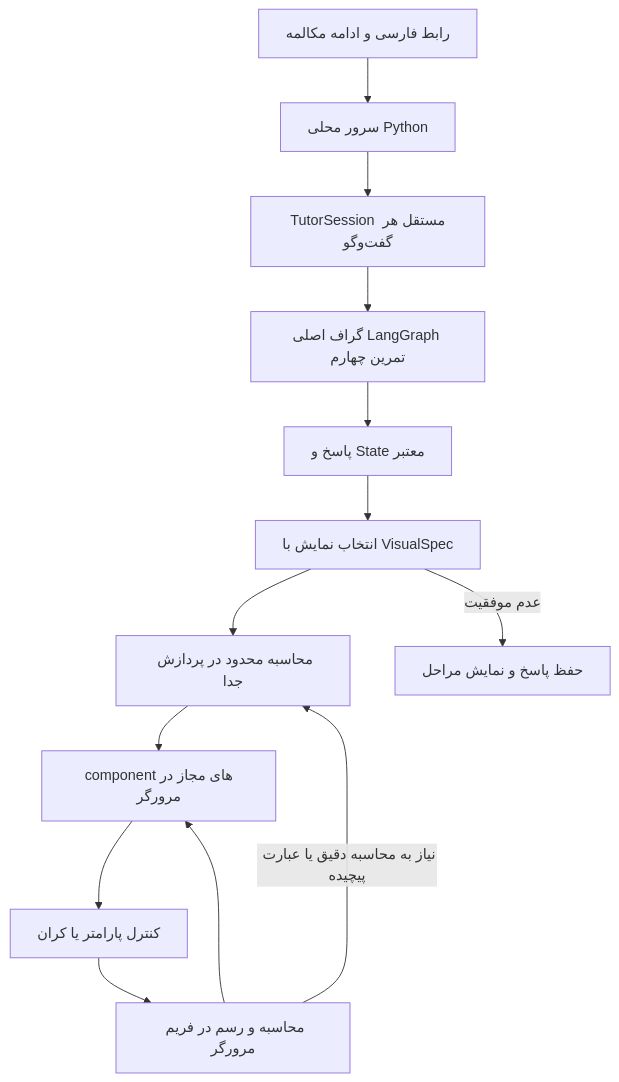
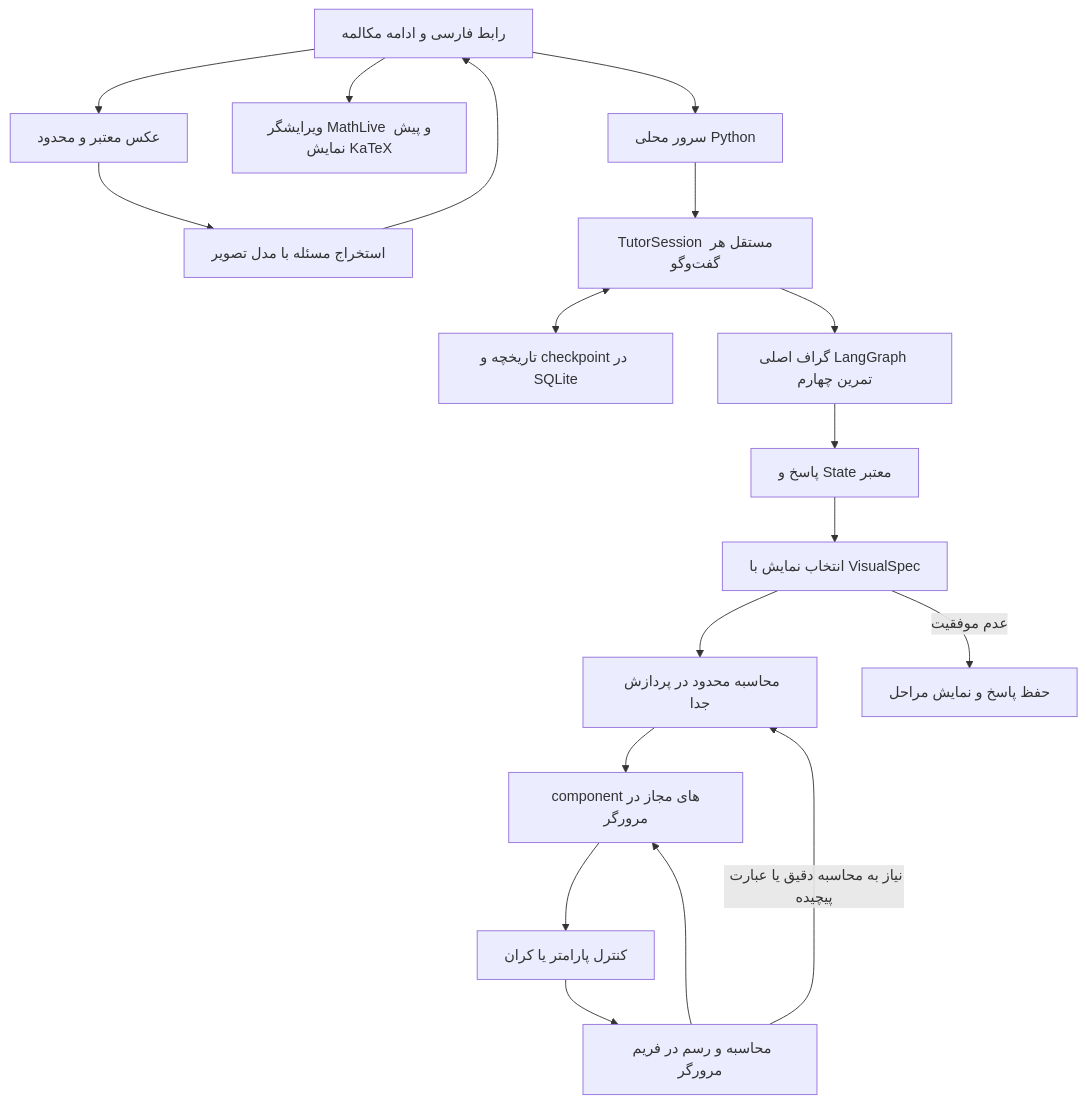
One commit to mohsenalipour/starcoach-hw05-generative-math-ui changed the diagram in ARCHITECTURE.md. Above: the diagram before and after it, drawn with Mermaid. The commit also changed other lines of this file and 44 other files, not shown here.

````diff
--- a/ARCHITECTURE.md
+++ b/ARCHITECTURE.md
@@ -5,15 +5,20 @@
 ```mermaid
 flowchart TD
     UI[رابط فارسی و ادامه مکالمه] --> API[سرور محلی Python]
+    UI --> EDITOR[ویرایشگر MathLive و پیش نمایش KaTeX]
+    UI --> PHOTO[عکس معتبر و محدود]
+    PHOTO --> VISION[استخراج مسئله با مدل تصویر]
+    VISION --> UI
     API --> SESSION[TutorSession مستقل هر گفت‌وگو]
+    SESSION <--> DB[تاریخچه و checkpoint در SQLite]
     SESSION --> CORE[گراف اصلی LangGraph تمرین چهارم]
     CORE --> STATE[پاسخ و State معتبر]
     STATE --> PLAN[انتخاب نمایش با VisualSpec]
     PLAN --> WORKER[محاسبه محدود در پردازش جدا]
     WORKER --> RENDER[componentهای مجاز در مرورگر]
     RENDER --> CONTROLS[کنترل پارامتر یا کران]
     CONTROLS --> LOCAL[محاسبه و رسم در فریم مرورگر]
     LOCAL --> RENDER
     LOCAL -->|نیاز به محاسبه دقیق یا عبارت پیچیده| WORKER
     PLAN -->|عدم موفقیت| STEPS[حفظ پاسخ و نمایش مراحل]
 ```
````
